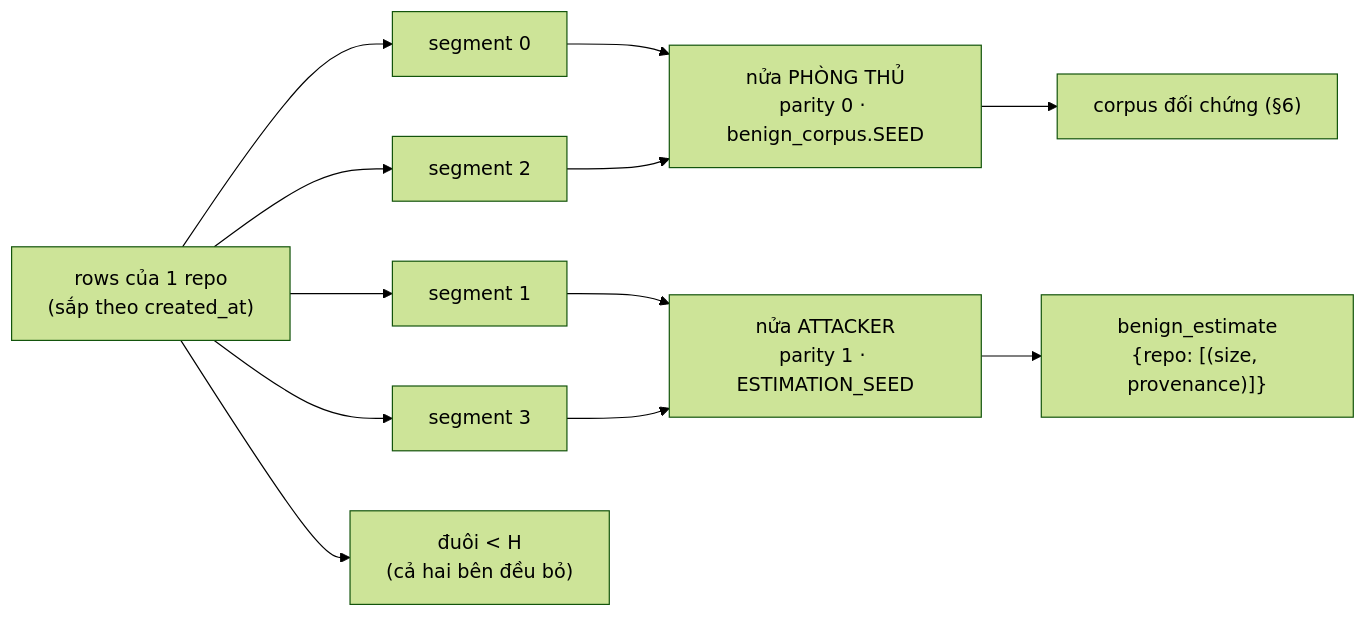
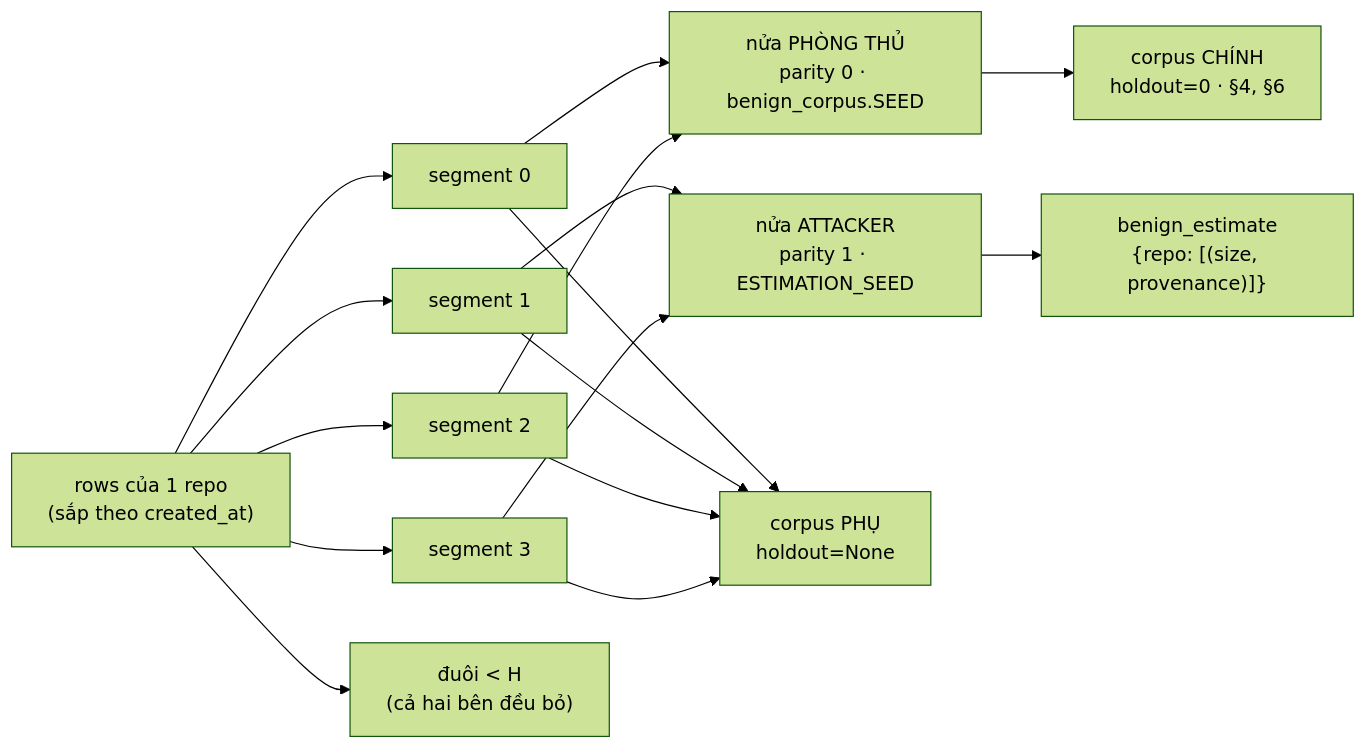
One commit to truongnh28/sentinel changed the diagram in auditgame/spikes/ho-tan-cong-mo-rong.md. Above: the diagram before and after it, drawn with Mermaid (forest theme). The commit also changed other lines of this file and 3 other files, not shown here.

````diff
--- a/auditgame/spikes/ho-tan-cong-mo-rong.md
+++ b/auditgame/spikes/ho-tan-cong-mo-rong.md
@@ -63,14 +90,18 @@
 ```mermaid
 flowchart LR
     R["rows của 1 repo<br/>(sắp theo created_at)"] --> S0["segment 0"]
     R --> S1["segment 1"]
     R --> S2["segment 2"]
     R --> S3["segment 3"]
     R --> T["đuôi < H<br/>(cả hai bên đều bỏ)"]
     S1 --> A["nửa ATTACKER<br/>parity 1 · ESTIMATION_SEED"]
     S3 --> A
     S0 --> D["nửa PHÒNG THỦ<br/>parity 0 · benign_corpus.SEED"]
     S2 --> D
     A --> E["benign_estimate<br/>{repo: [(size, provenance)]}"]
-    D --> C["corpus đối chứng (§6)"]
+    D --> C["corpus CHÍNH<br/>holdout=0 · §4, §6"]
+    S0 --> F["corpus PHỤ<br/>holdout=None"]
+    S1 --> F
+    S2 --> F
+    S3 --> F
 ```
````
